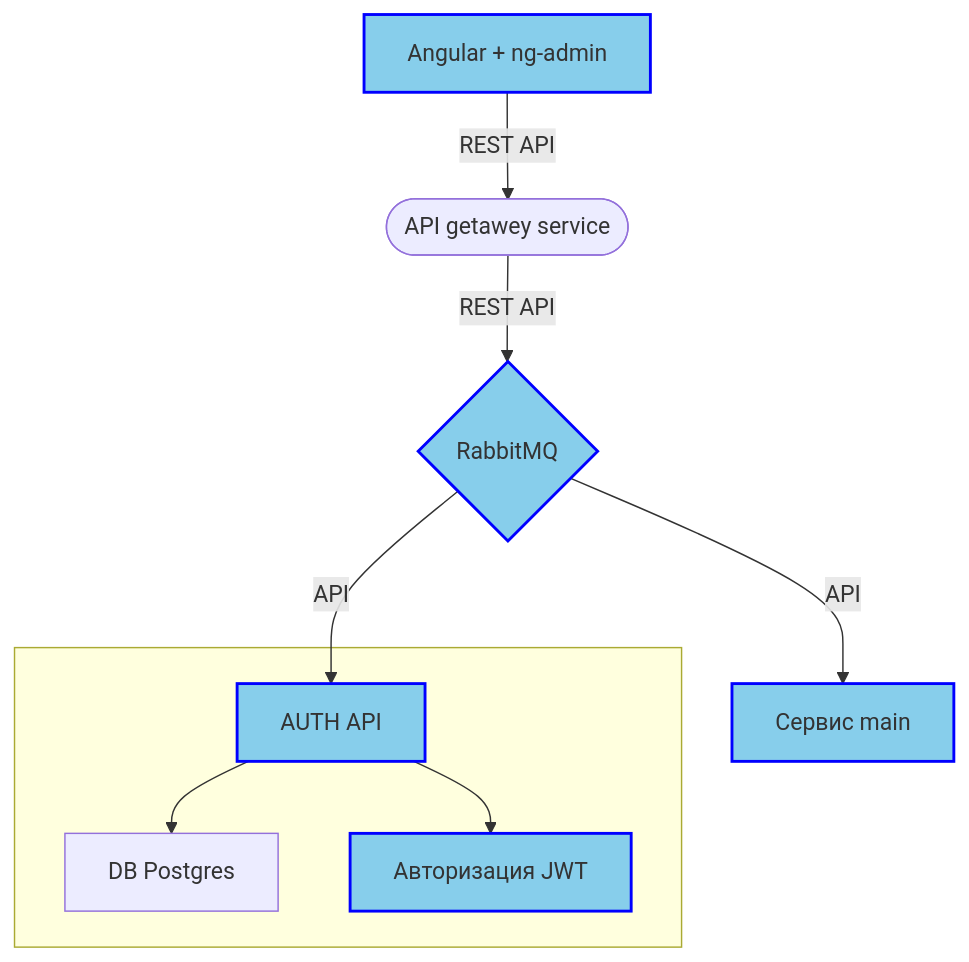
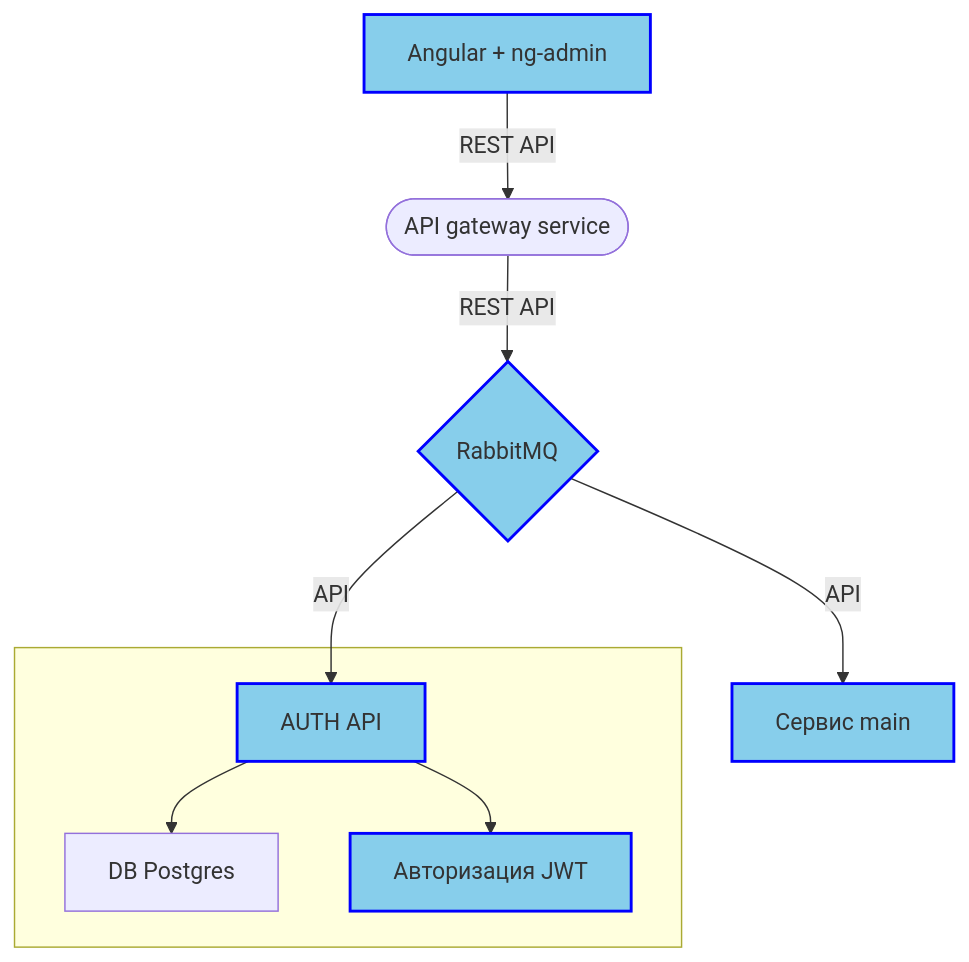
The diagram in Проект жкх/Архитектура/Мнемосхема.md (AlexeyMan/note-obsidian), drawn with Mermaid before and after one commit. The commit also changed 11 other files, not shown here.

````diff
--- a/Проект жкх/Архитектура/Мнемосхема.md
+++ b/Проект жкх/Архитектура/Мнемосхема.md
@@ -4,20 +4,20 @@
 ```mermaid 
 graph TD
     classDef class1 fill: skyblue, stroke: blue, stroke-width:2px
 
     A[Angular + ng-admin]:::class1
     B{RabbitMQ}:::class1
     E[AUTH API]:::class1
-    F([API getawey service])
+    F([API gateway service])
     G[DB Postgres]
     C[Авторизация JWT]:::class1 
     A-->|REST API| F
     F-->|REST API| B
     B--API-->E
     subgraph  
     E --> G
     E --> C
     end
     B--API-->D[Сервис main]:::class1
 	click C "http://www.github.com" _blank
 ```
````
